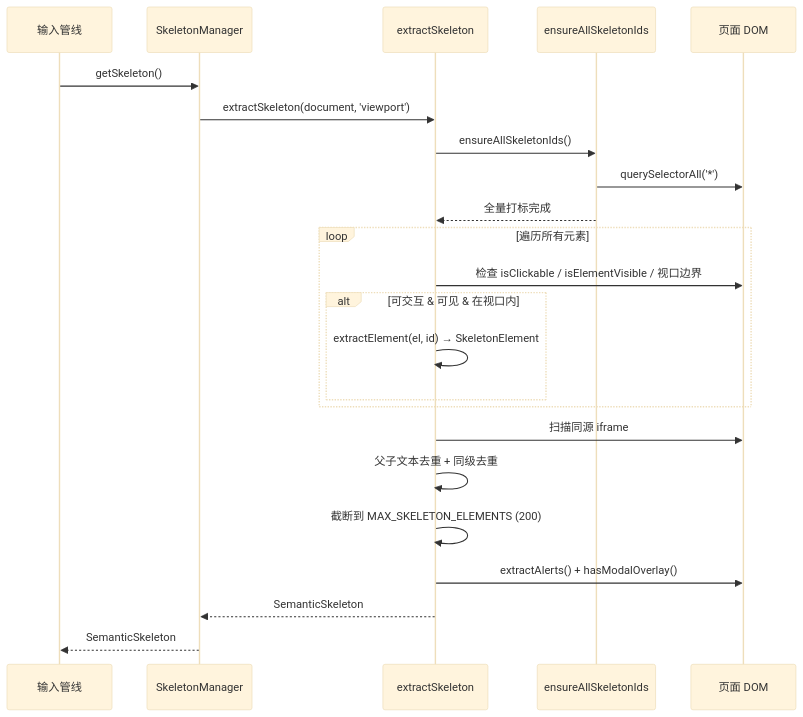
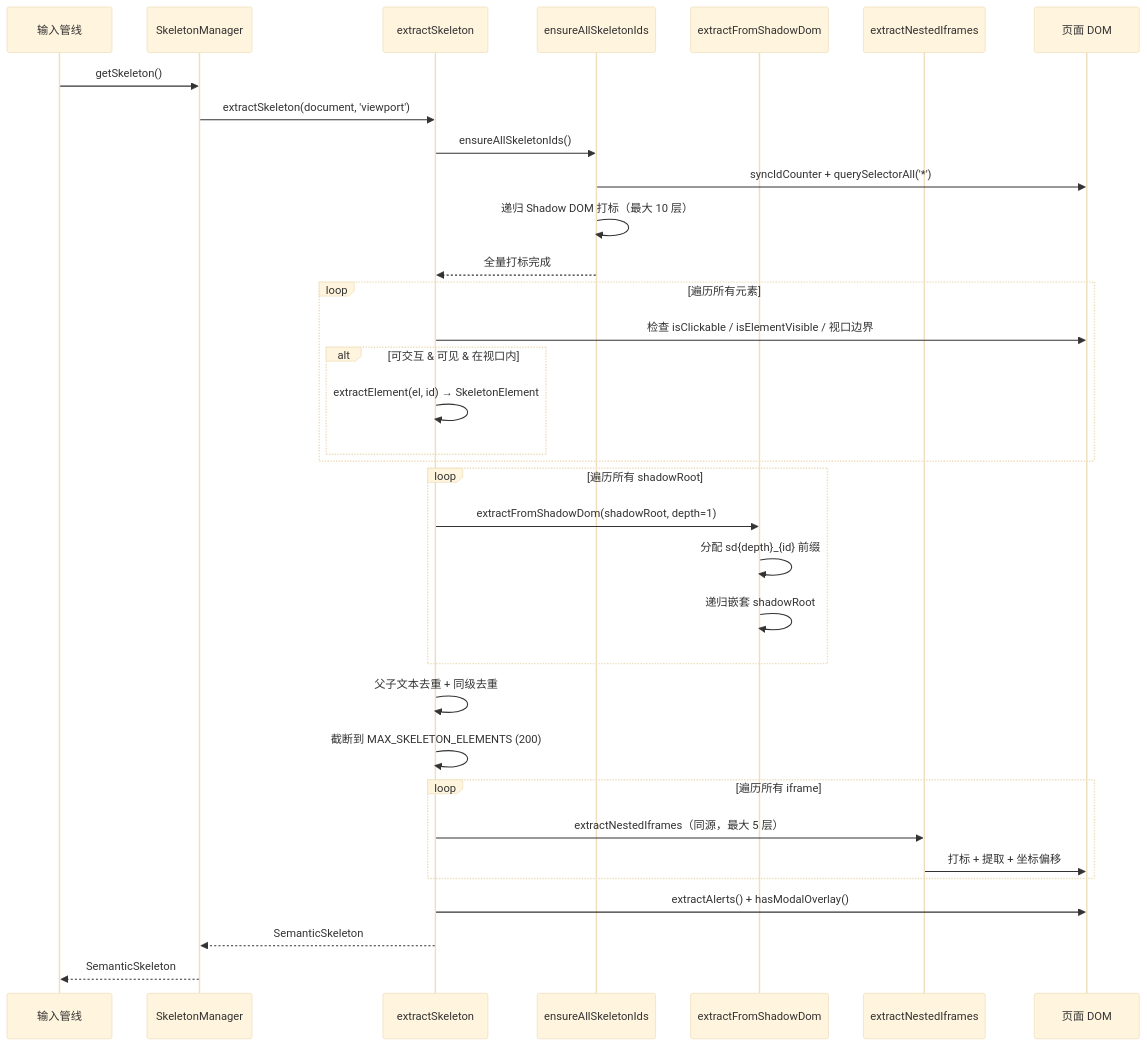
One commit to zw123zw/ai-browser changed the second of 7 diagrams in docs/architecture/browser-command.md. Above: the diagram before and after it, drawn with Mermaid (base theme). The commit also changed other lines of this file and 12 other files, not shown here.

````diff
--- a/docs/architecture/browser-command.md
+++ b/docs/architecture/browser-command.md
@@ -633,28 +1050,42 @@
 ```mermaid
 sequenceDiagram
     participant Pipeline as 输入管线
     participant SM as SkeletonManager
     participant ES as extractSkeleton
     participant SID as ensureAllSkeletonIds
+    participant SD as extractFromShadowDom
+    participant NI as extractNestedIframes
     participant DOM as 页面 DOM
 
     Pipeline->>SM: getSkeleton()
     SM->>ES: extractSkeleton(document, 'viewport')
     ES->>SID: ensureAllSkeletonIds()
-    SID->>DOM: querySelectorAll('*')
+    SID->>DOM: syncIdCounter + querySelectorAll('*')
+    SID->>SID: 递归 Shadow DOM 打标（最大 10 层）
     SID-->>ES: 全量打标完成
 
     loop 遍历所有元素
         ES->>DOM: 检查 isClickable / isElementVisible / 视口边界
         alt 可交互 & 可见 & 在视口内
             ES->>ES: extractElement(el, id) → SkeletonElement
         end
     end
 
-    ES->>DOM: 扫描同源 iframe
+    loop 遍历所有 shadowRoot
+        ES->>SD: extractFromShadowDom(shadowRoot, depth=1)
+        SD->>SD: 分配 sd{depth}_{id} 前缀
+        SD->>SD: 递归嵌套 shadowRoot
+    end
+
     ES->>ES: 父子文本去重 + 同级去重
     ES->>ES: 截断到 MAX_SKELETON_ELEMENTS (200)
+
+    loop 遍历所有 iframe
+        ES->>NI: extractNestedIframes（同源，最大 5 层）
+        NI->>DOM: 打标 + 提取 + 坐标偏移
+    end
+
     ES->>DOM: extractAlerts() + hasModalOverlay()
     ES-->>SM: SemanticSkeleton
     SM-->>Pipeline: SemanticSkeleton
 ```
````
